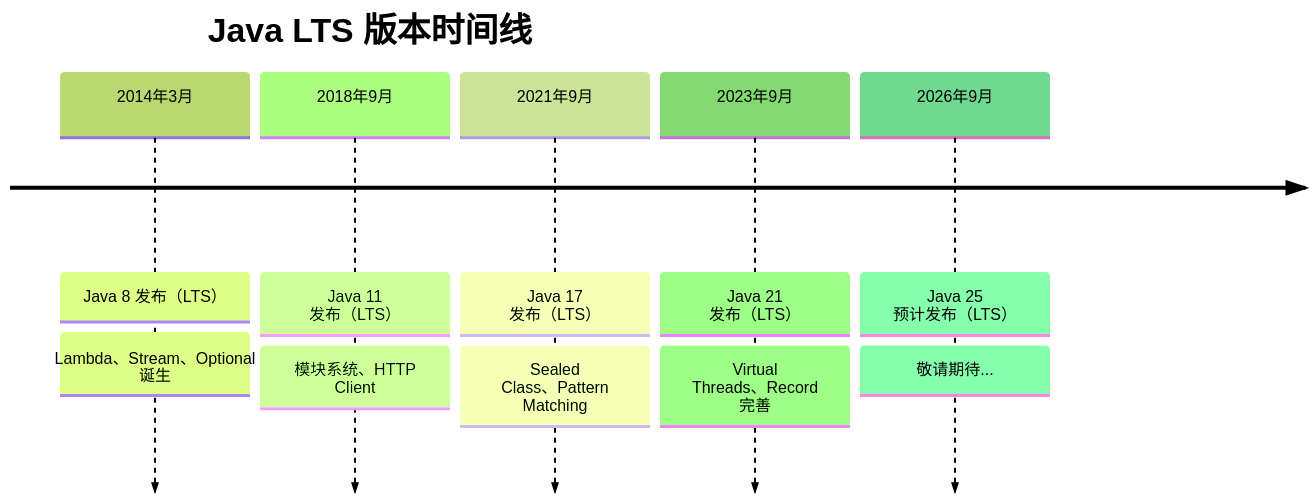
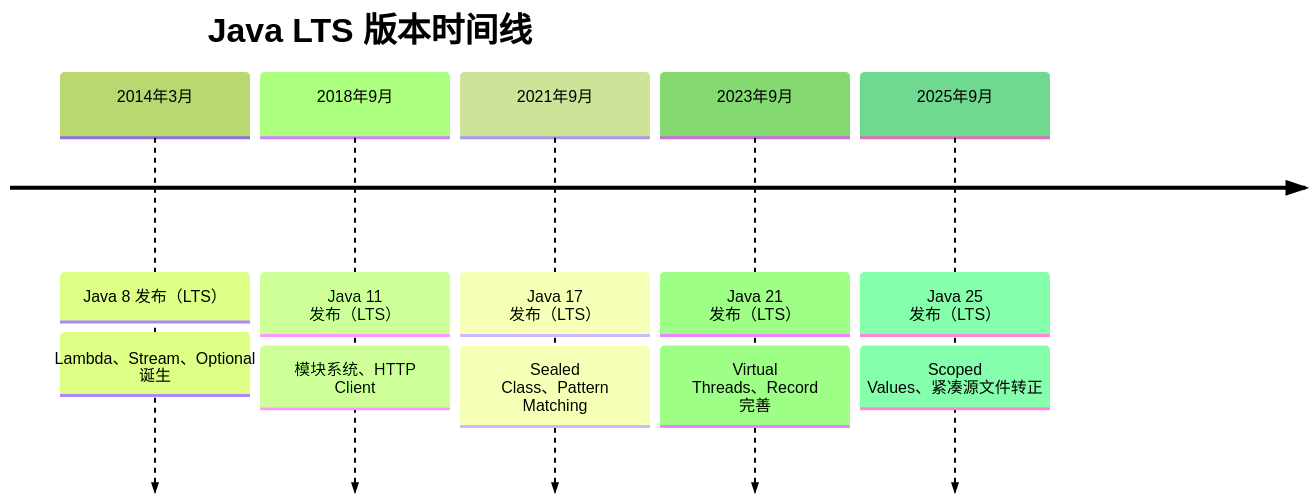
The second of 4 diagrams in content/Java/basic/Chapter-03-version-selection.md (before80/prgms), drawn with Mermaid (forest theme) before and after one commit. The commit also changed other lines of this file and 1645 other files, not shown here.

````diff
--- a/content/Java/basic/Chapter-03-version-selection.md
+++ b/content/Java/basic/Chapter-03-version-selection.md
@@ -579,14 +603,14 @@
 ```mermaid
 timeline
     title Java LTS 版本时间线
     2014年3月 : Java 8 发布（LTS）
                : Lambda、Stream、Optional 诞生
     2018年9月 : Java 11 发布（LTS）
                : 模块系统、HTTP Client
     2021年9月 : Java 17 发布（LTS）
                : Sealed Class、Pattern Matching
     2023年9月 : Java 21 发布（LTS）
                : Virtual Threads、Record 完善
-    2026年9月 : Java 25 预计发布（LTS）
-               : 敬请期待...
+    2025年9月 : Java 25 发布（LTS）
+               : Scoped Values、紧凑源文件转正
 ```
````
